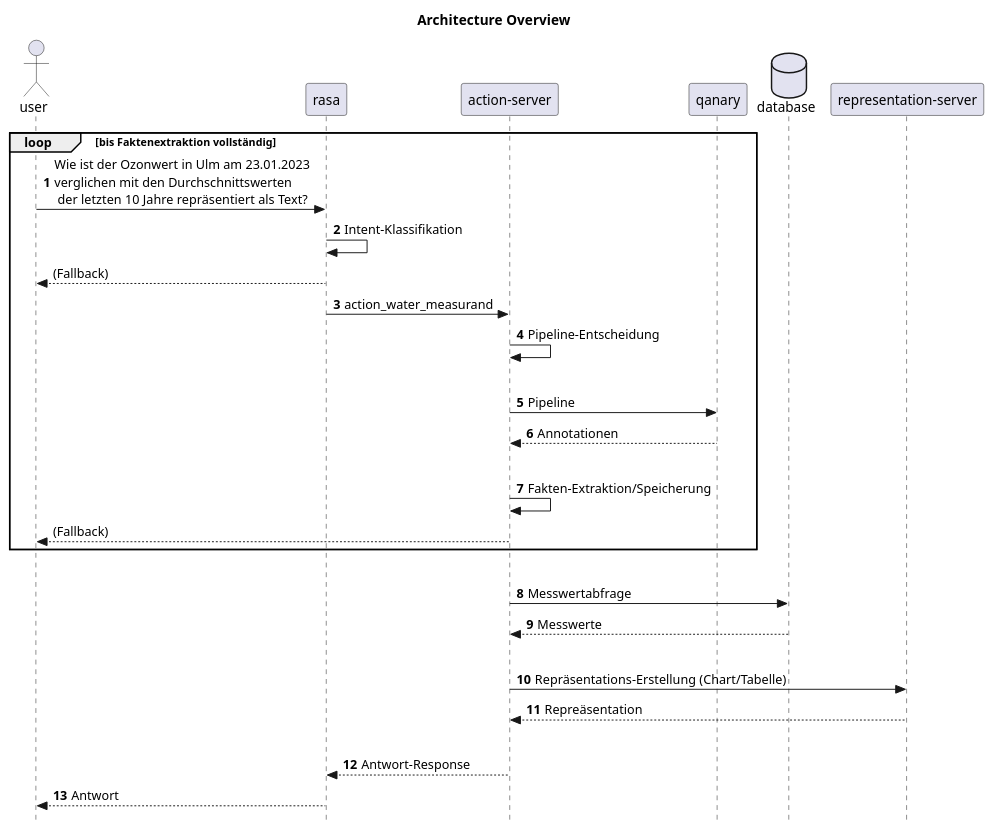
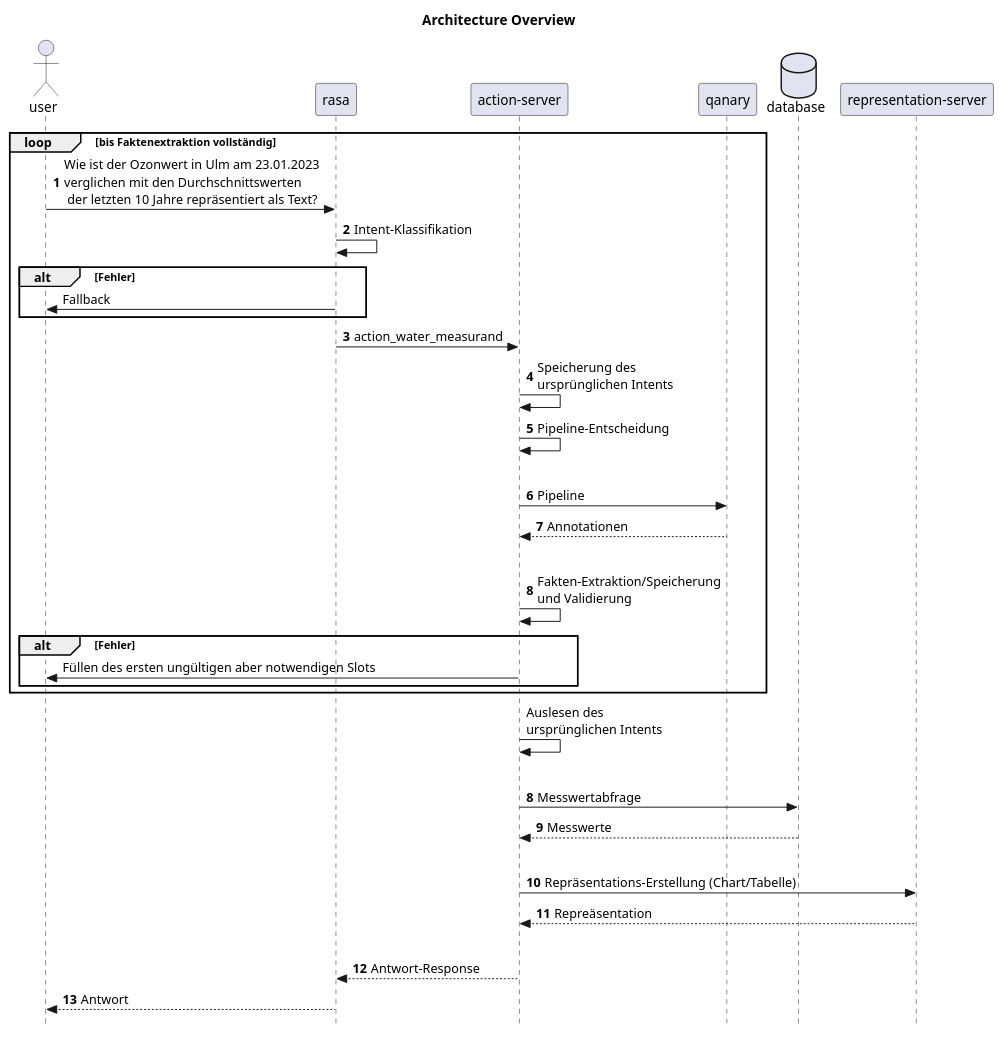
Before and after one commit to fredericbahr/quatsch-project-22: the diagram in docs/diagrams/Makro Architecture.puml, drawn with PlantUML.

Commit message:
docs: added fallback strategy

```diff
--- a/docs/diagrams/Makro Architecture.puml
+++ b/docs/diagrams/Makro Architecture.puml
@@ -1,51 +1,59 @@
 @startuml Architecture
 skinparam Style strictuml
 autonumber
 skinparam BoxPadding 15
 
 title Architecture Overview
 
 actor "user"
 
 loop bis Faktenextraktion vollständig
 
 "user" -> rasa: Wie ist der Ozonwert in Ulm am 23.01.2023\nverglichen mit den Durchschnittswerten\n der letzten 10 Jahre repräsentiert als Text?
 
 rasa -> rasa: Intent-Klassifikation
-autonumber stop
-"user" <-- rasa : (Fallback)
+
+alt Fehler
+    autonumber stop
+    "rasa" -> "user": Fallback
+end
 
 autonumber 3
 rasa -> "action-server": action_water_measurand
+"action-server" -> "action-server": Speicherung des\nursprünglichen Intents
 "action-server"-> "action-server": Pipeline-Entscheidung
 
 |||
 
 "action-server" -> qanary: Pipeline
 "action-server" <-- qanary: Annotationen
 
 |||
 
-"action-server" -> "action-server": Fakten-Extraktion/Speicherung
+"action-server" -> "action-server": Fakten-Extraktion/Speicherung\nund Validierung
 
-autonumber stop
-"user" <-- "action-server": (Fallback)
+alt Fehler
+    autonumber stop
+    "action-server" -> user: Füllen des ersten ungültigen aber notwendigen Slots
 end
+end
+
+"action-server" -> "action-server": Auslesen des\nursprünglichen Intents
 
 |||
 
 database "database"
 autonumber 8
 "action-server" -> "database": Messwertabfrage
 "action-server" <-- "database": Messwerte
 
 |||
 
 "action-server" -> "representation-server": Repräsentations-Erstellung (Chart/Tabelle)
 "action-server" <-- "representation-server": Repreäsentation
 
 |||
 
 rasa <-- "action-server": Antwort-Response
 user <-- rasa: Antwort
 @enduml
```
